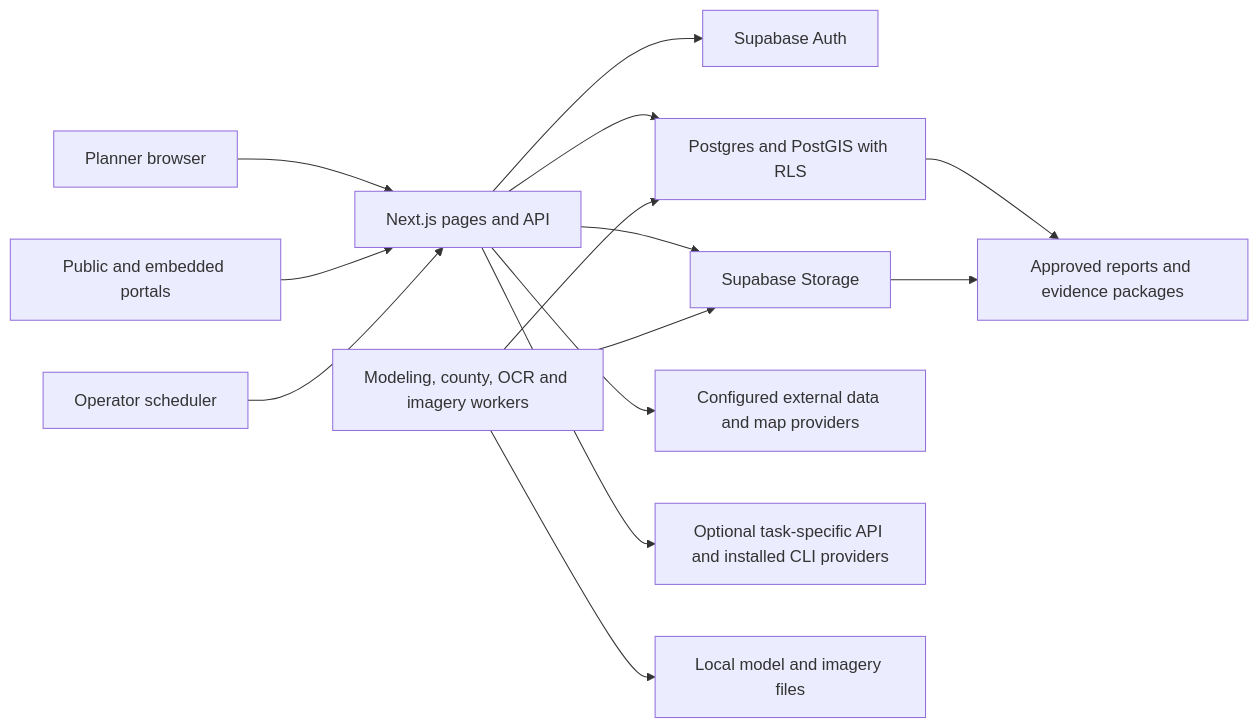
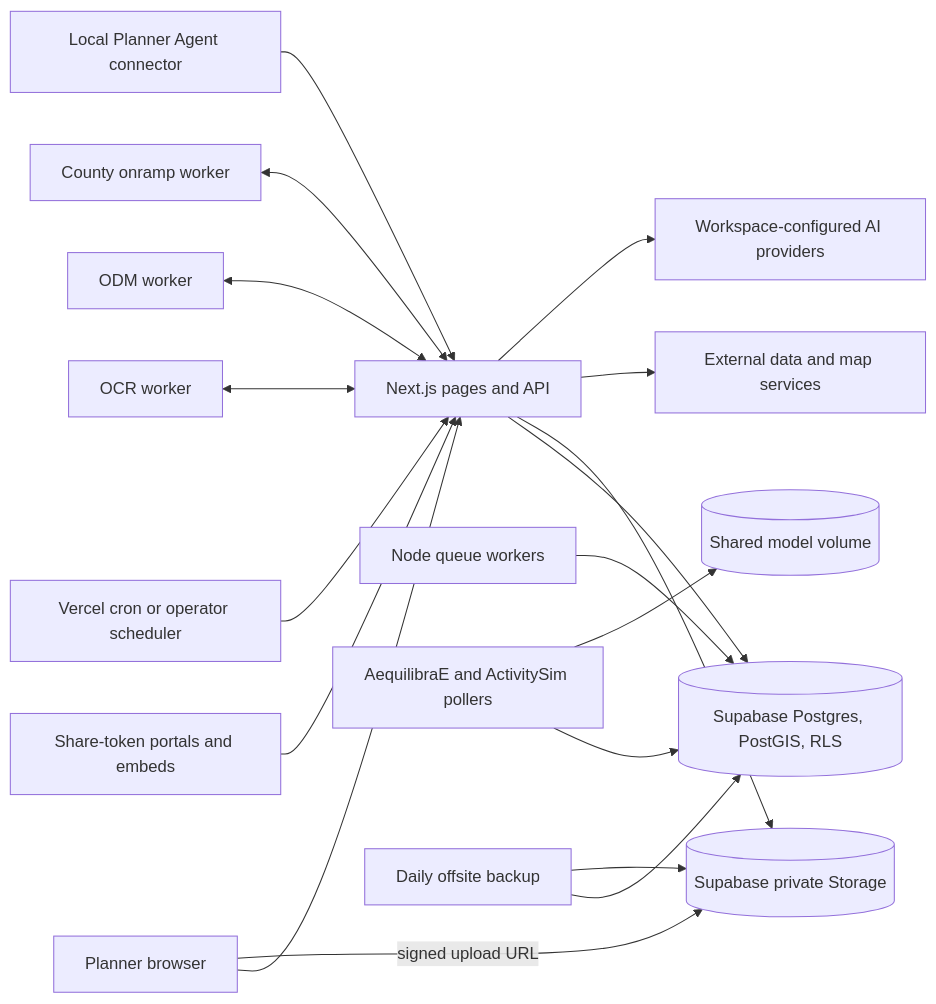
The diagram in docs/ARCHITECTURE.md (nfredmond/openplan), drawn with Mermaid before and after one commit. The commit also changed other lines of this file, not shown here.

First line of the commit message:
Reconcile the architecture description with main at de7c950

````diff
--- a/docs/ARCHITECTURE.md
+++ b/docs/ARCHITECTURE.md
@@ -24,16 +29,20 @@
 ```mermaid
 flowchart LR
     Planner[Planner browser] --> App[Next.js pages and API]
-    Public[Public and embedded portals] --> App
-    App --> Auth[Supabase Auth]
-    App --> DB[Postgres and PostGIS with RLS]
-    App --> Storage[Supabase Storage]
-    App --> Sources[Configured external data and map providers]
-    App --> AI[Optional task-specific API and installed CLI providers]
-    Workers[Modeling, county, OCR and imagery workers] --> DB
-    Workers --> Storage
-    Workers --> Local[Local model and imagery files]
-    Scheduler[Operator scheduler] --> App
-    DB --> Exports[Approved reports and evidence packages]
-    Storage --> Exports
+    Public[Share-token portals and embeds] --> App
+    Cron[Vercel cron or operator scheduler] --> App
+    App --> DB[(Supabase Postgres, PostGIS, RLS)]
+    App --> Storage[(Supabase private Storage)]
+    Planner -- signed upload URL --> Storage
+    App --> Sources[External data and map services]
+    App --> AI[Workspace-configured AI providers]
+    Queues[Node queue workers] --> DB
+    Models[AequilibraE and ActivitySim pollers] --> DB
+    Models --> Volume[(Shared model volume)]
+    OCR[OCR worker] <--> App
+    ODM[ODM worker] <--> App
+    County[County onramp worker] <--> App
+    Connector[Local Planner Agent connector] --> App
+    Backup[Daily offsite backup] --> DB
+    Backup --> Storage
 ```
````
